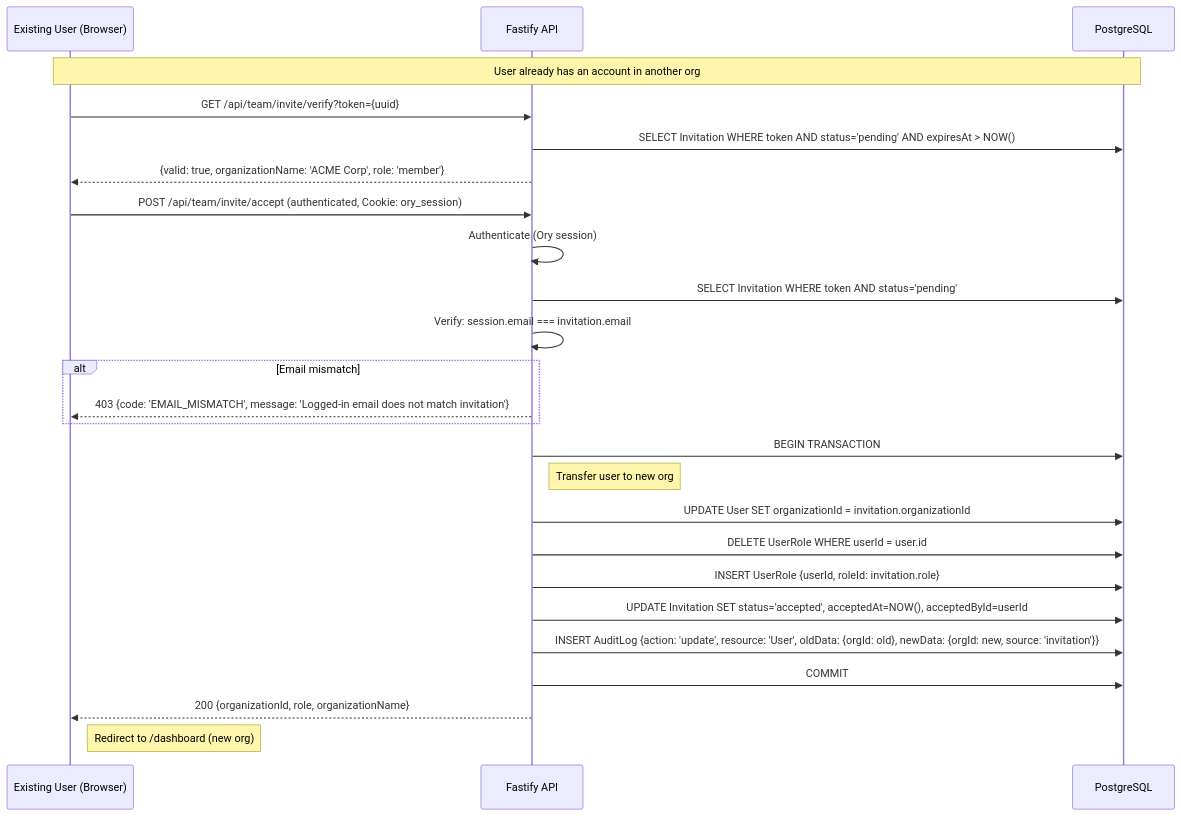
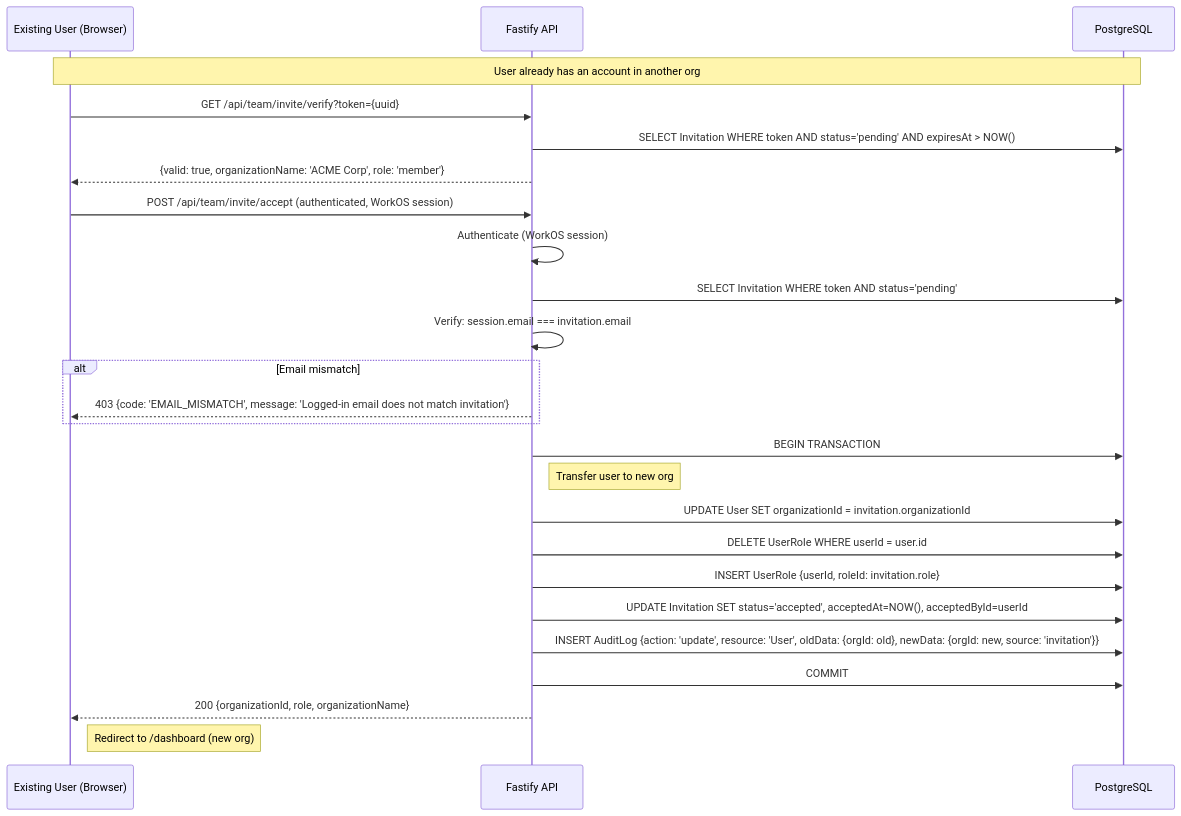
One commit to complior/complior changed diagram 16 of 26 in docs/DATA-FLOWS.md. Above: the diagram before and after it, drawn with Mermaid. The commit also changed other lines of this file and 133 other files, not shown here.

````diff
--- a/docs/DATA-FLOWS.md
+++ b/docs/DATA-FLOWS.md
@@ -850,34 +855,34 @@
 ```mermaid
 sequenceDiagram
     participant User as Existing User (Browser)
     participant API as Fastify API
     participant DB as PostgreSQL
 
     Note over User,DB: User already has an account in another org
 
     User->>API: GET /api/team/invite/verify?token={uuid}
     API->>DB: SELECT Invitation WHERE token AND status='pending' AND expiresAt > NOW()
     API-->>User: {valid: true, organizationName: 'ACME Corp', role: 'member'}
 
-    User->>API: POST /api/team/invite/accept (authenticated, Cookie: ory_session)
-    API->>API: Authenticate (Ory session)
+    User->>API: POST /api/team/invite/accept (authenticated, WorkOS session)
+    API->>API: Authenticate (WorkOS session)
     API->>DB: SELECT Invitation WHERE token AND status='pending'
 
     API->>API: Verify: session.email === invitation.email
     alt Email mismatch
         API-->>User: 403 {code: 'EMAIL_MISMATCH', message: 'Logged-in email does not match invitation'}
     end
 
     API->>DB: BEGIN TRANSACTION
 
     Note right of API: Transfer user to new org
     API->>DB: UPDATE User SET organizationId = invitation.organizationId
     API->>DB: DELETE UserRole WHERE userId = user.id
     API->>DB: INSERT UserRole {userId, roleId: invitation.role}
     API->>DB: UPDATE Invitation SET status='accepted', acceptedAt=NOW(), acceptedById=userId
     API->>DB: INSERT AuditLog {action: 'update', resource: 'User', oldData: {orgId: old}, newData: {orgId: new, source: 'invitation'}}
 
     API->>DB: COMMIT
     API-->>User: 200 {organizationId, role, organizationName}
     Note right of User: Redirect to /dashboard (new org)
 ```
````
